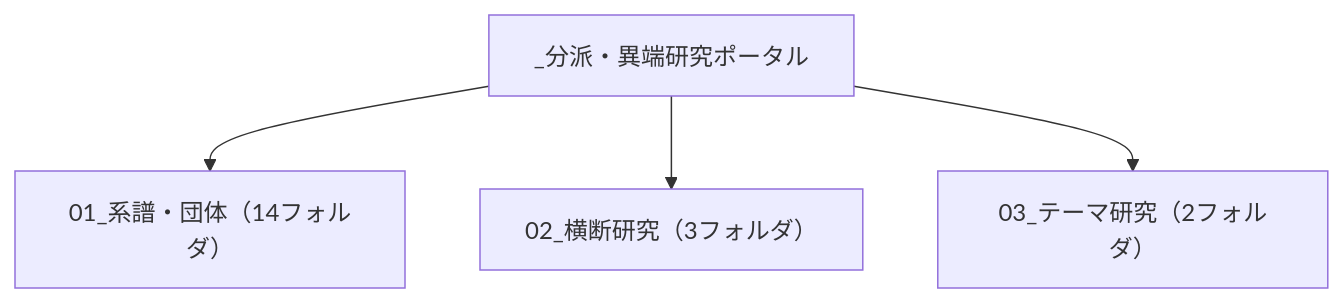
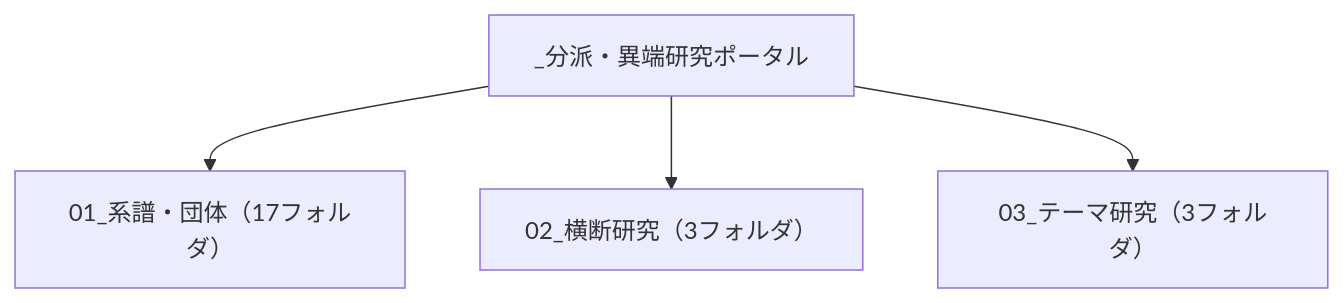
One commit to iida-masashi/religion-garden changed the diagram in content/01_宗派・異端研究/_分派・異端研究ポータル.md. Above: the diagram before and after it, drawn with Mermaid. The commit also changed other lines of this file and 50 other files, not shown here.

````diff
--- a/content/01_宗派・異端研究/_分派・異端研究ポータル.md
+++ b/content/01_宗派・異端研究/_分派・異端研究ポータル.md
@@ -25,6 +25,6 @@
 ```mermaid
 graph TD
-    A["_分派・異端研究ポータル"] --> B1["01_系譜・団体（14フォルダ）"]
+    A["_分派・異端研究ポータル"] --> B1["01_系譜・団体（17フォルダ）"]
     A --> B2["02_横断研究（3フォルダ）"]
-    A --> B3["03_テーマ研究（2フォルダ）"]
+    A --> B3["03_テーマ研究（3フォルダ）"]
 ```
````
